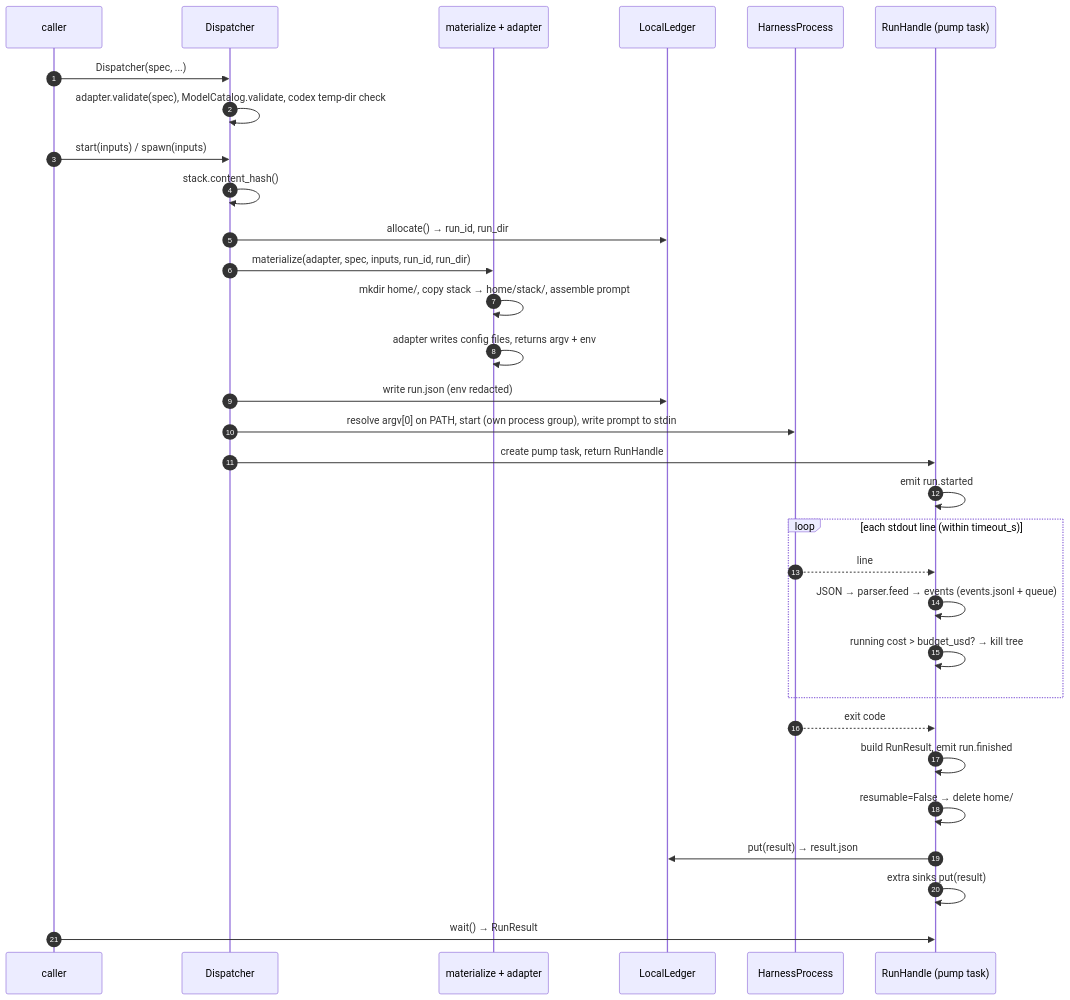
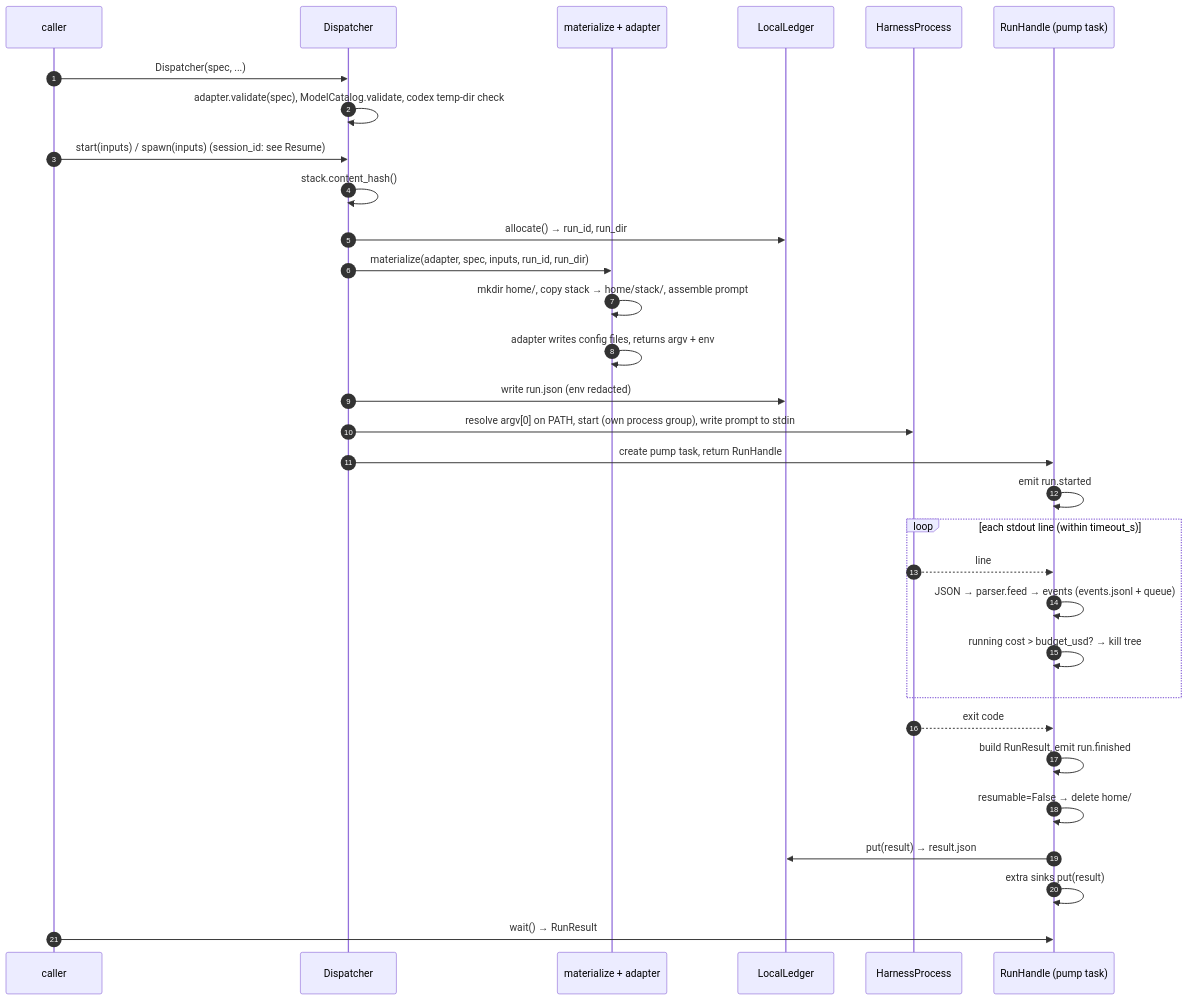
The first of 2 diagrams in docs/concepts/run-lifecycle.md (StateousLabs/poly-harness-dispatcher), drawn with Mermaid before and after one commit. The commit also changed other lines of this file and 18 other files, not shown here.

First line of the commit message:
Document session_id resume in the docs, README, notebook and docstrings

````diff
--- a/docs/concepts/run-lifecycle.md
+++ b/docs/concepts/run-lifecycle.md
@@ -9,33 +9,33 @@
 ```mermaid
 sequenceDiagram
     autonumber
     participant U as caller
     participant D as Dispatcher
     participant M as materialize + adapter
     participant L as LocalLedger
     participant P as HarnessProcess
     participant H as RunHandle (pump task)
     U->>D: Dispatcher(spec, ...)
     D->>D: adapter.validate(spec), ModelCatalog.validate, codex temp-dir check
-    U->>D: start(inputs) / spawn(inputs)
+    U->>D: start(inputs) / spawn(inputs)  (session_id: see Resume)
     D->>D: stack.content_hash()
     D->>L: allocate() → run_id, run_dir
     D->>M: materialize(adapter, spec, inputs, run_id, run_dir)
     M->>M: mkdir home/, copy stack → home/stack/, assemble prompt
     M->>M: adapter writes config files, returns argv + env
     D->>L: write run.json (env redacted)
     D->>P: resolve argv[0] on PATH, start (own process group), write prompt to stdin
     D->>H: create pump task, return RunHandle
     H->>H: emit run.started
     loop each stdout line (within timeout_s)
         P-->>H: line
         H->>H: JSON → parser.feed → events (events.jsonl + queue)
         H->>H: running cost > budget_usd? → kill tree
     end
     P-->>H: exit code
     H->>H: build RunResult, emit run.finished
     H->>H: resumable=False → delete home/
     H->>L: put(result) → result.json
     H->>H: extra sinks put(result)
     U->>H: wait() → RunResult
 ```
````
